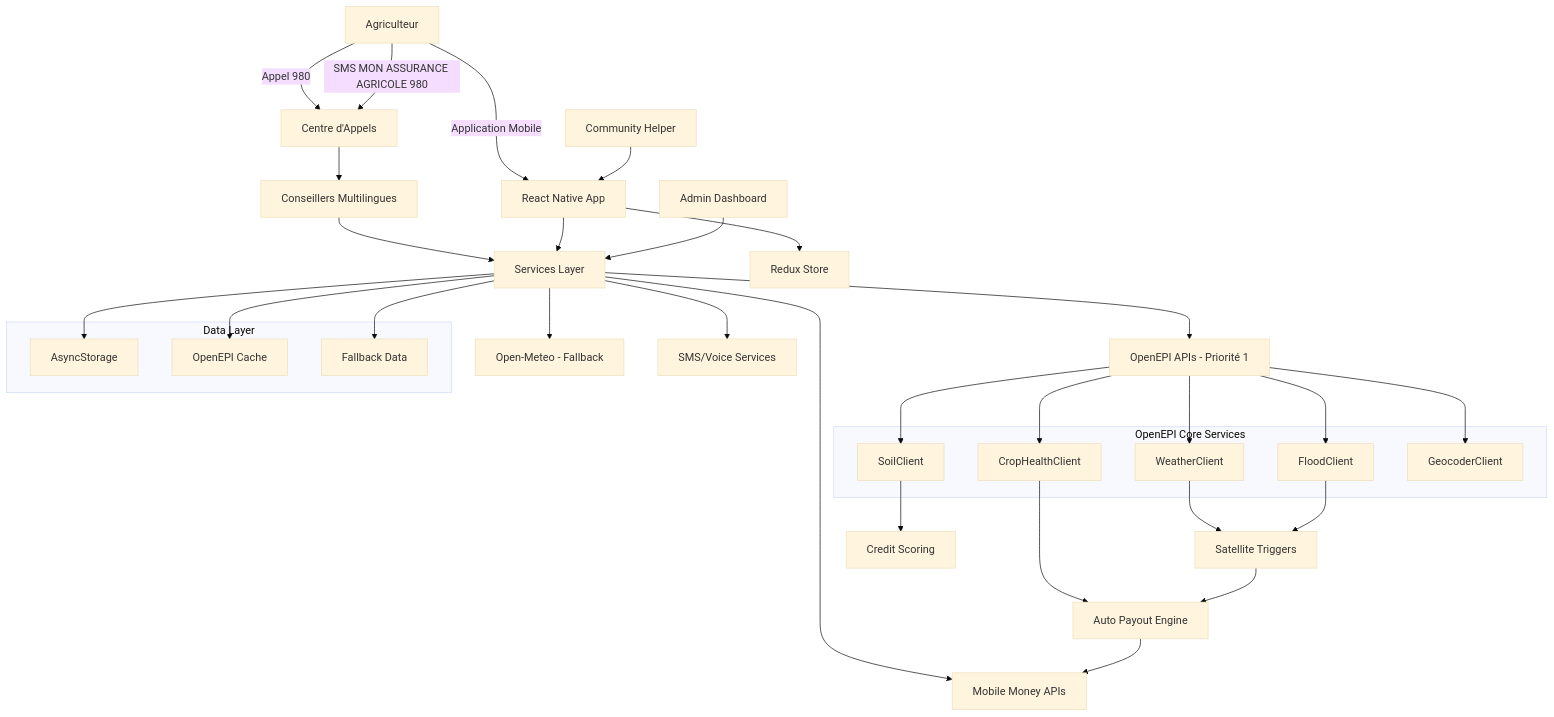
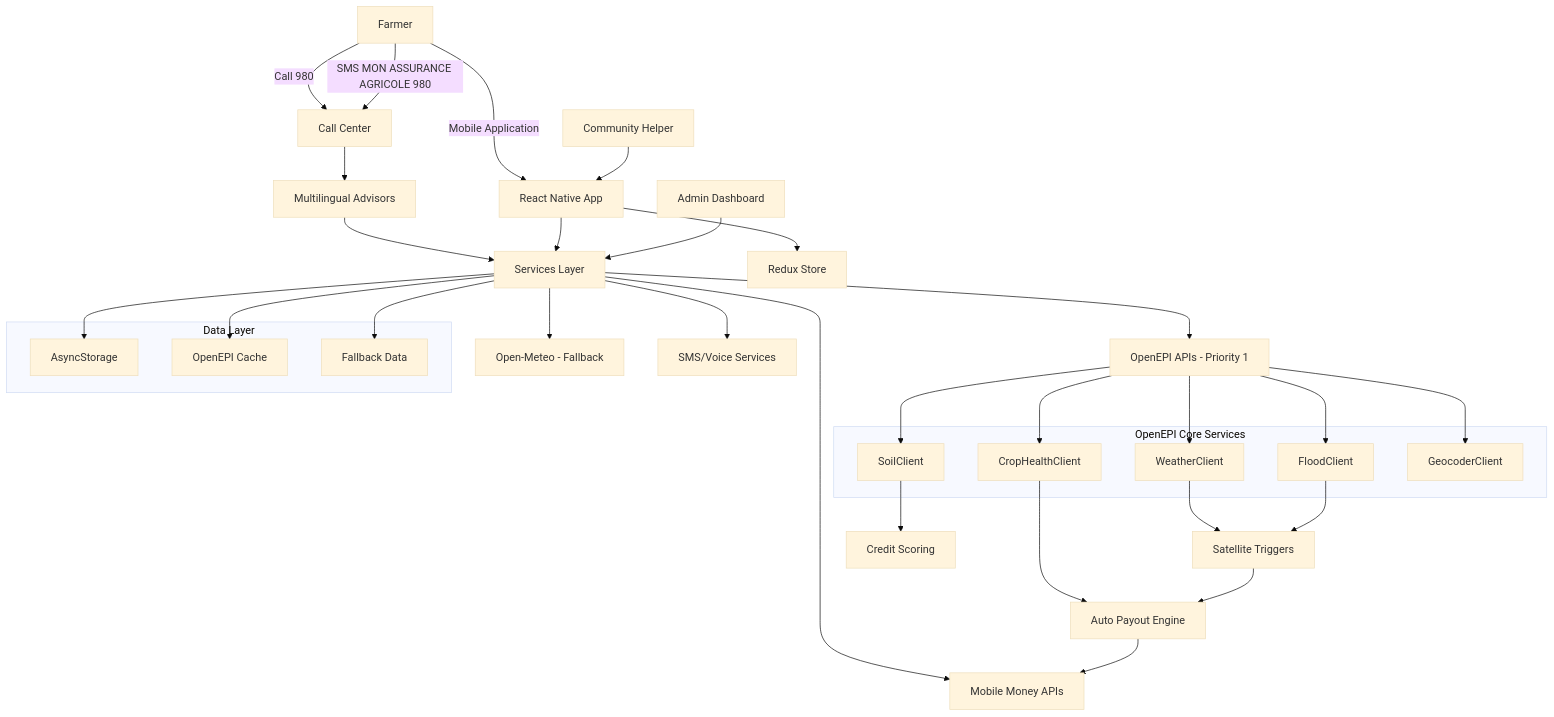
The diagram in docs/TECHNICAL_ARCHITECTURE.md (AresGn/clim-invest), drawn with Mermaid (base theme) before and after one commit. The commit also changed other lines of this file and 10 other files, not shown here.

````diff
--- a/docs/TECHNICAL_ARCHITECTURE.md
+++ b/docs/TECHNICAL_ARCHITECTURE.md
@@ -9,50 +9,50 @@
 ```mermaid
 graph TB
-    A[Agriculteur] -->|Appel 980| B[Centre d'Appels]
+    A[Farmer] -->|Call 980| B[Call Center]
     A -->|SMS MON ASSURANCE AGRICOLE 980| B
-    A -->|Application Mobile| C[React Native App]
+    A -->|Mobile Application| C[React Native App]
 
-    B --> D[Conseillers Multilingues]
+    B --> D[Multilingual Advisors]
     D --> E[Services Layer]
     C --> F[Redux Store]
     C --> E
 
-    E --> G[OpenEPI APIs - Priorité 1]
+    E --> G[OpenEPI APIs - Priority 1]
     E --> H[Open-Meteo - Fallback]
     E --> I[Mobile Money APIs]
     E --> J[SMS/Voice Services]
 
     subgraph OpenEPI_Core_Services[OpenEPI Core Services]
         G1[WeatherClient]
         G2[FloodClient]
         G3[SoilClient]
         G4[CropHealthClient]
         G5[GeocoderClient]
     end
 
     G --> G1
     G --> G2
     G --> G3
     G --> G4
     G --> G5
 
     G1 --> K[Satellite Triggers]
     G2 --> K
     G3 --> L[Credit Scoring]
     G4 --> M[Auto Payout Engine]
     K --> M
     M --> I
 
     N[Admin Dashboard] --> E
     O[Community Helper] --> C
 
     subgraph Data_Layer[Data Layer]
         P[AsyncStorage]
         Q[OpenEPI Cache]
         R[Fallback Data]
     end
 
     E --> P
     E --> Q
     E --> R
 ```
````
